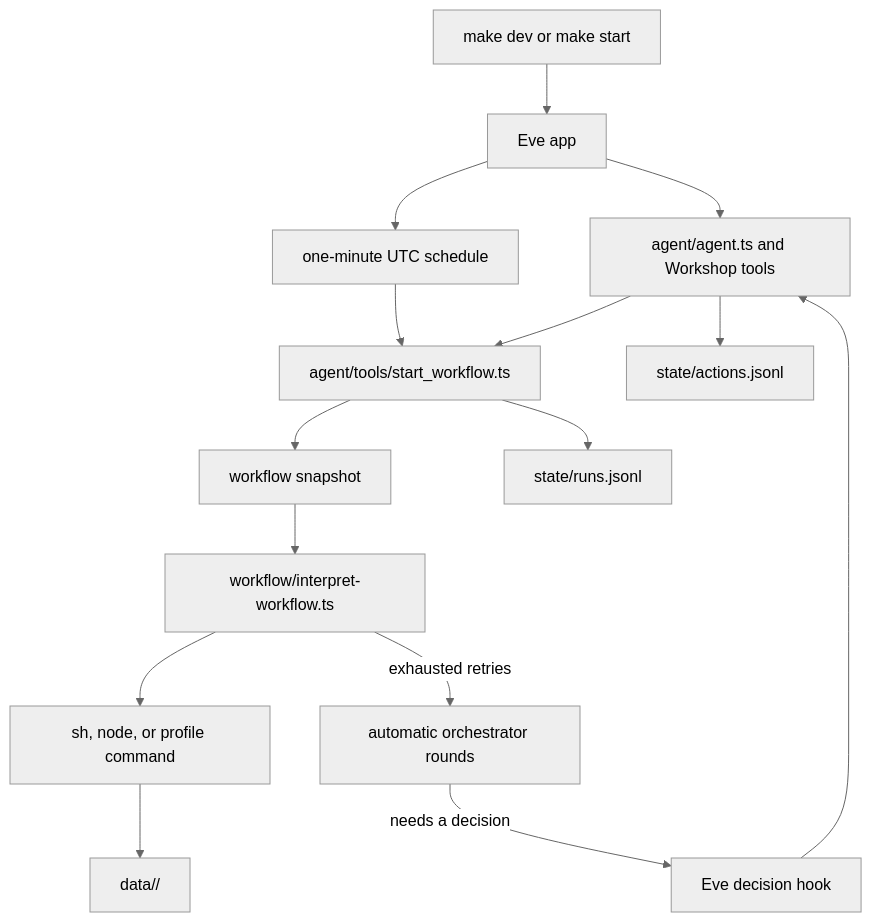
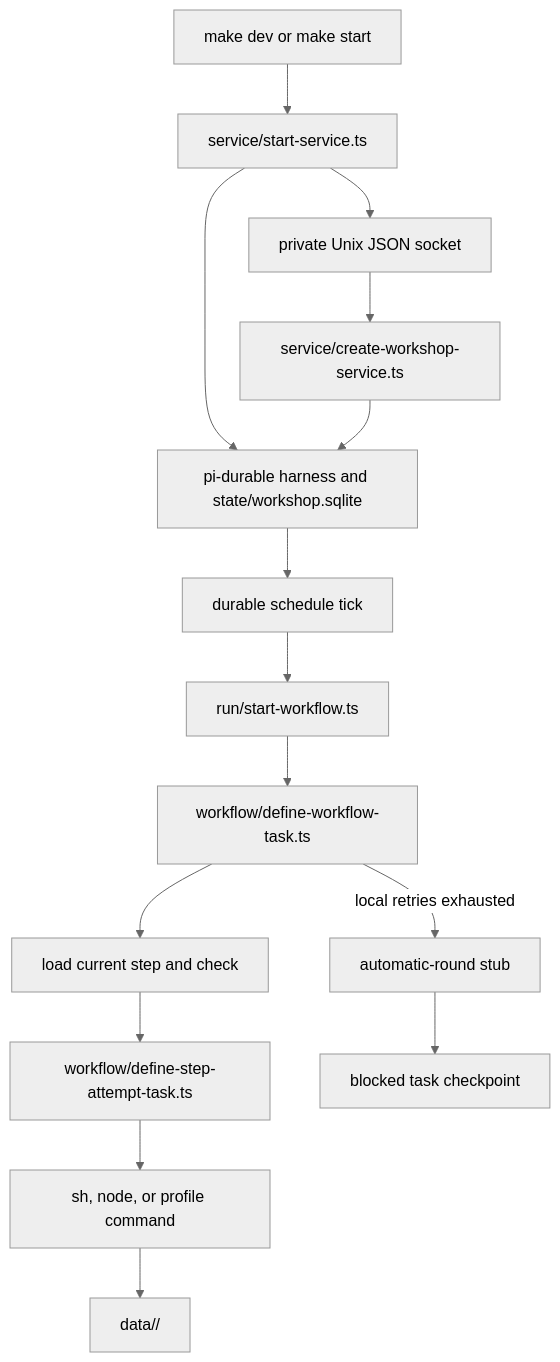
Before and after one commit to kaushikgopal/workshop: the diagram in CONTRIBUTING.md, drawn with Mermaid (neutral theme). The commit also changed other lines of this file and 3 other files, not shown here.

Commit message:
Document the durable service interface

````diff
--- a/CONTRIBUTING.md
+++ b/CONTRIBUTING.md
@@ -83,17 +85,17 @@
 ```mermaid
 flowchart TD
-  MAKE[make dev or make start] --> EVE[Eve app]
-  EVE --> AGENT[agent/agent.ts and Workshop tools]
-  EVE --> SCHEDULE[one-minute UTC schedule]
-  SCHEDULE --> START[agent/tools/start_workflow.ts]
-  AGENT --> START
-  START --> SNAPSHOT[workflow snapshot]
-  SNAPSHOT --> INTERPRETER[workflow/interpret-workflow.ts]
-  INTERPRETER --> PROCESS[sh, node, or profile command]
+  MAKE[make dev or make start] --> SERVICE[service/start-service.ts]
+  SERVICE --> SOCKET[private Unix JSON socket]
+  SERVICE --> HARNESS[pi-durable harness and state/workshop.sqlite]
+  HARNESS --> TICK[durable schedule tick]
+  TICK --> START[run/start-workflow.ts]
+  START --> TASK[workflow/define-workflow-task.ts]
+  TASK --> LOAD[load current step and check]
+  LOAD --> ATTEMPT[workflow/define-step-attempt-task.ts]
+  ATTEMPT --> PROCESS[sh, node, or profile command]
   PROCESS --> DATA[data/<workflow>/]
-  INTERPRETER -->|exhausted retries| ROUNDS[automatic orchestrator rounds]
-  ROUNDS -->|needs a decision| HOOK[Eve decision hook]
-  HOOK --> AGENT
-  START --> INDEX[state/runs.jsonl]
-  AGENT --> ACTIONS[state/actions.jsonl]
+  TASK -->|local retries exhausted| STUB[automatic-round stub]
+  STUB --> BLOCKED[blocked task checkpoint]
+  SOCKET --> API[service/create-workshop-service.ts]
+  API --> HARNESS
 ```
````
